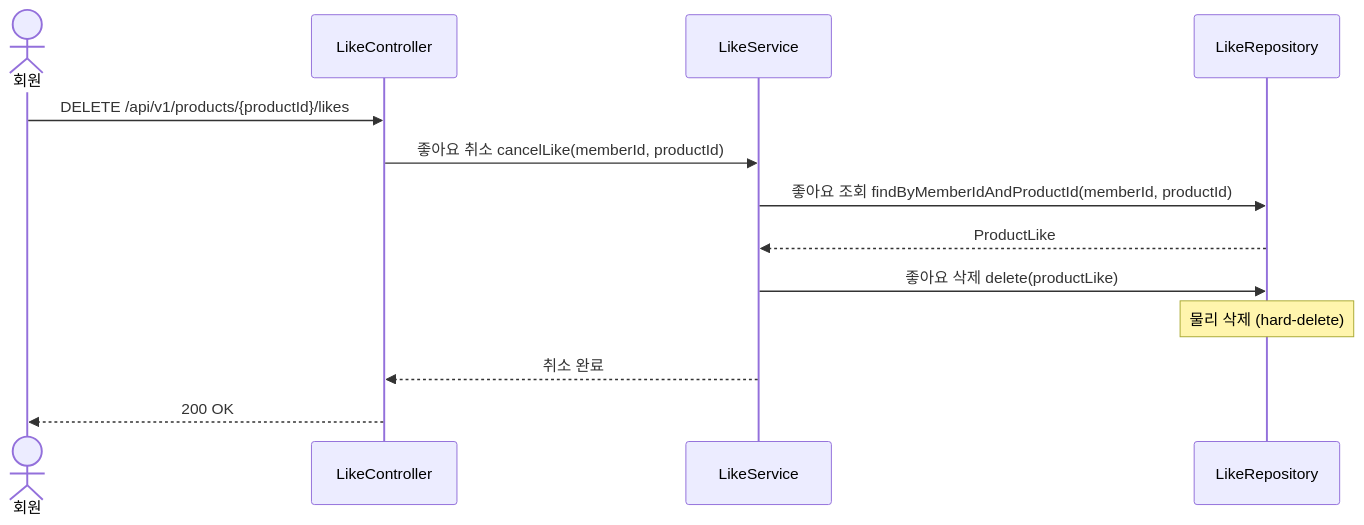
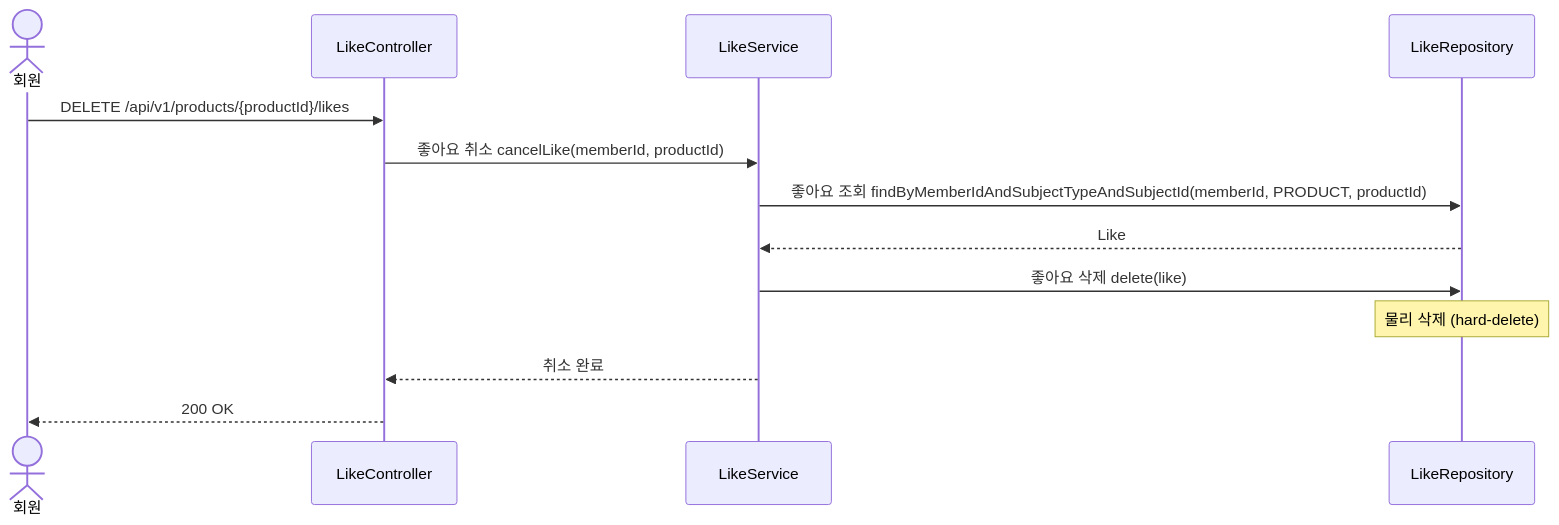
One commit to APapeIsName/loop-pack-be-l2-vol3-java changed the fifth of 21 diagrams in docs/design/02-sequence-diagrams.md. Above: the diagram before and after it, drawn with Mermaid. The commit also changed other lines of this file and 128 other files, not shown here.

````diff
--- a/docs/design/02-sequence-diagrams.md
+++ b/docs/design/02-sequence-diagrams.md
@@ -123,19 +123,19 @@
 ```mermaid
 sequenceDiagram
     actor M as 회원
     participant C as LikeController
     participant LS as LikeService
     participant LR as LikeRepository
 
     M->>C: DELETE /api/v1/products/{productId}/likes
     C->>LS: 좋아요 취소 cancelLike(memberId, productId)
 
-    LS->>LR: 좋아요 조회 findByMemberIdAndProductId(memberId, productId)
-    LR-->>LS: ProductLike
+    LS->>LR: 좋아요 조회 findByMemberIdAndSubjectTypeAndSubjectId(memberId, PRODUCT, productId)
+    LR-->>LS: Like
 
-    LS->>LR: 좋아요 삭제 delete(productLike)
+    LS->>LR: 좋아요 삭제 delete(like)
     Note over LR: 물리 삭제 (hard-delete)
 
     LS-->>C: 취소 완료
     C-->>M: 200 OK
 ```
````
